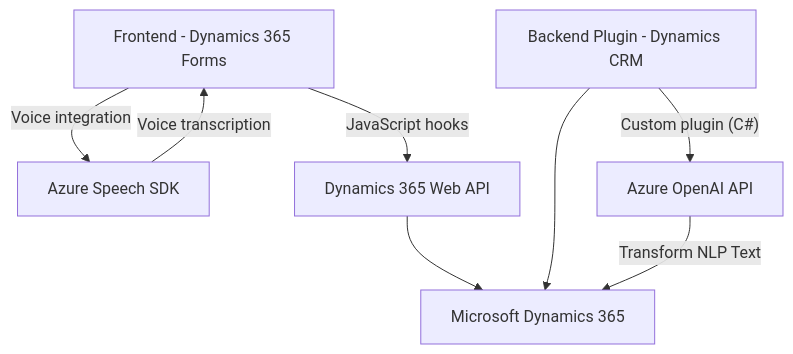
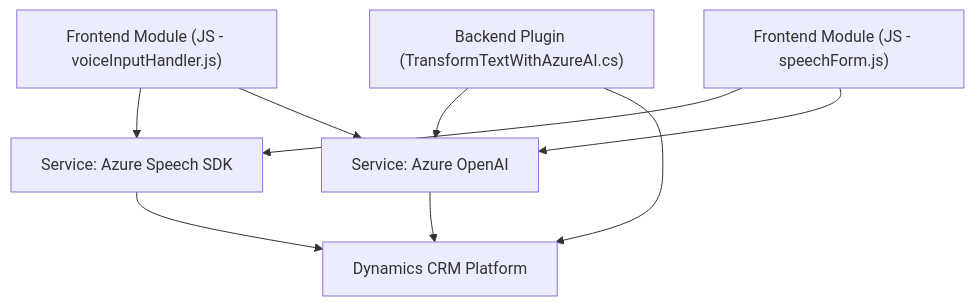
Before and after one commit to blopezdm/NETCORE_BILBAO2025: the diagram in README.md, drawn with Mermaid. The commit also changed other lines of this file, not shown here.

````diff
--- a/README.md
+++ b/README.md
@@ -48,17 +41,17 @@
 ```mermaid
 graph TD
-    Frontend["Frontend - Dynamics 365 Forms"]
-    Backend["Backend Plugin - Dynamics CRM"]
-    AzureSpeech["Azure Speech SDK"]
-    AzureOpenAI["Azure OpenAI API"]
-    DynamicsAPI["Dynamics 365 Web API"]
-    CRM["Microsoft Dynamics 365"]
-
-    Frontend --JavaScript hooks--> DynamicsAPI
-    Frontend --Voice integration--> AzureSpeech
-    DynamicsAPI --> CRM
-    Backend --Custom plugin (C#)--> AzureOpenAI
-    Backend --> CRM
-    AzureOpenAI --Transform NLP Text--> CRM
-    AzureSpeech --Voice transcription--> Frontend
+    A["Frontend Module (JS - voiceInputHandler.js)"]
+    B["Frontend Module (JS - speechForm.js)"]
+    C["Backend Plugin (TransformTextWithAzureAI.cs)"]
+    D["Service: Azure Speech SDK"]
+    E["Service: Azure OpenAI"]
+    F["Dynamics CRM Platform"]
+    A --> D
+    B --> D
+    A --> E
+    B --> E
+    C --> E
+    C --> F
+    D --> F
+    E --> F
 ```
````
